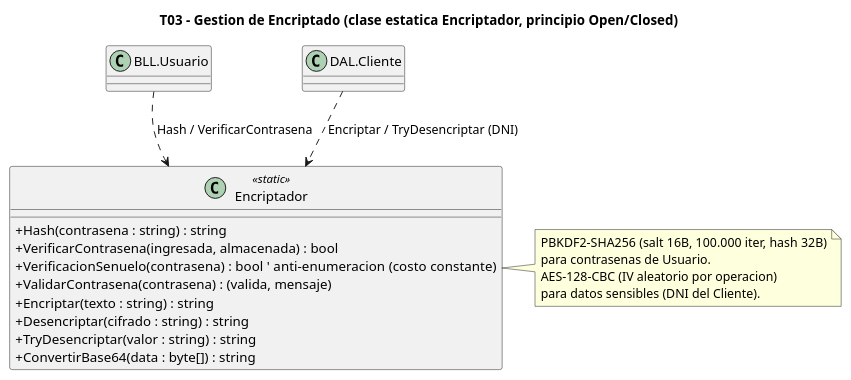
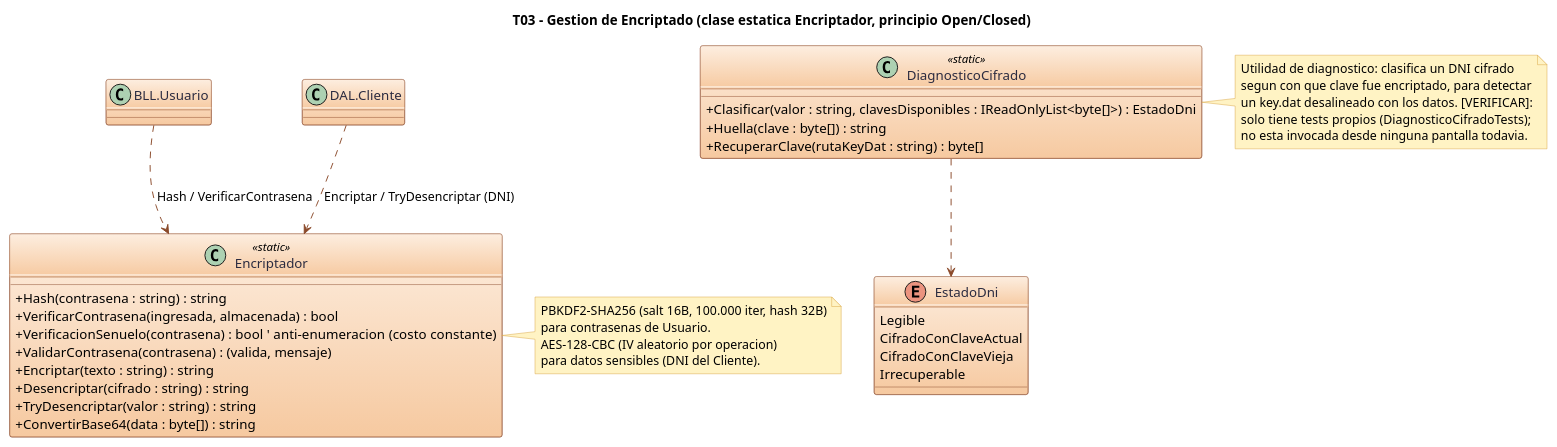
The diagram in DIAGRAMAS/T03 - Encriptado/T03 - Clases Encriptado.puml (magalibolivar/ExperienceHub), drawn with PlantUML before and after one commit. The commit also changed 177 other files, not shown here.

First line of the commit message:
Agrega check-perms/backup al instalador y todo el estado necesario para compilarlo

```diff
--- a/DIAGRAMAS/T03 - Encriptado/T03 - Clases Encriptado.puml
+++ b/DIAGRAMAS/T03 - Encriptado/T03 - Clases Encriptado.puml
@@ -1,27 +1,67 @@
 @startuml T03 - Clases Encriptado
+skinparam class {
+  BackgroundColor #FDEEE0-#F6C9A0
+  BorderColor #8B4A2B
+  FontColor #2B2B40
+  ArrowColor #8B4A2B
+}
+skinparam enum {
+  BackgroundColor #FDEEE0-#F6C9A0
+  BorderColor #8B4A2B
+  FontColor #2B2B40
+}
+skinparam note {
+  BackgroundColor #FFF3C4
+  BorderColor #D9A441
+}
+skinparam package {
+  BackgroundColor #FFFCF7
+  BorderColor #8B4A2B
+  FontColor #2B2B40
+}
 title T03 - Gestion de Encriptado (clase estatica Encriptador, principio Open/Closed)
 skinparam classAttributeIconSize 0
 
 class Encriptador <<static>> {
   + Hash(contrasena : string) : string
   + VerificarContrasena(ingresada, almacenada) : bool
   + VerificacionSenuelo(contrasena) : bool  ' anti-enumeracion (costo constante)
   + ValidarContrasena(contrasena) : (valida, mensaje)
   + Encriptar(texto : string) : string
   + Desencriptar(cifrado : string) : string
   + TryDesencriptar(valor : string) : string
   + ConvertirBase64(data : byte[]) : string
 }
 note right of Encriptador
   PBKDF2-SHA256 (salt 16B, 100.000 iter, hash 32B)
   para contrasenas de Usuario.
   AES-128-CBC (IV aleatorio por operacion)
   para datos sensibles (DNI del Cliente).
 end note
 
 class "BLL.Usuario" as BU
 class "DAL.Cliente" as DC
 
 BU ..> Encriptador : Hash / VerificarContrasena
 DC ..> Encriptador : Encriptar / TryDesencriptar (DNI)
+
+class DiagnosticoCifrado <<static>> {
+  + Clasificar(valor : string, clavesDisponibles : IReadOnlyList<byte[]>) : EstadoDni
+  + Huella(clave : byte[]) : string
+  + RecuperarClave(rutaKeyDat : string) : byte[]
+}
+enum EstadoDni {
+  Legible
+  CifradoConClaveActual
+  CifradoConClaveVieja
+  Irrecuperable
+}
+DiagnosticoCifrado ..> EstadoDni
+note right of DiagnosticoCifrado
+  Utilidad de diagnostico: clasifica un DNI cifrado
+  segun con que clave fue encriptado, para detectar
+  un key.dat desalineado con los datos. [VERIFICAR]:
+  solo tiene tests propios (DiagnosticoCifradoTests);
+  no esta invocada desde ninguna pantalla todavia.
+end note
 @enduml
```
